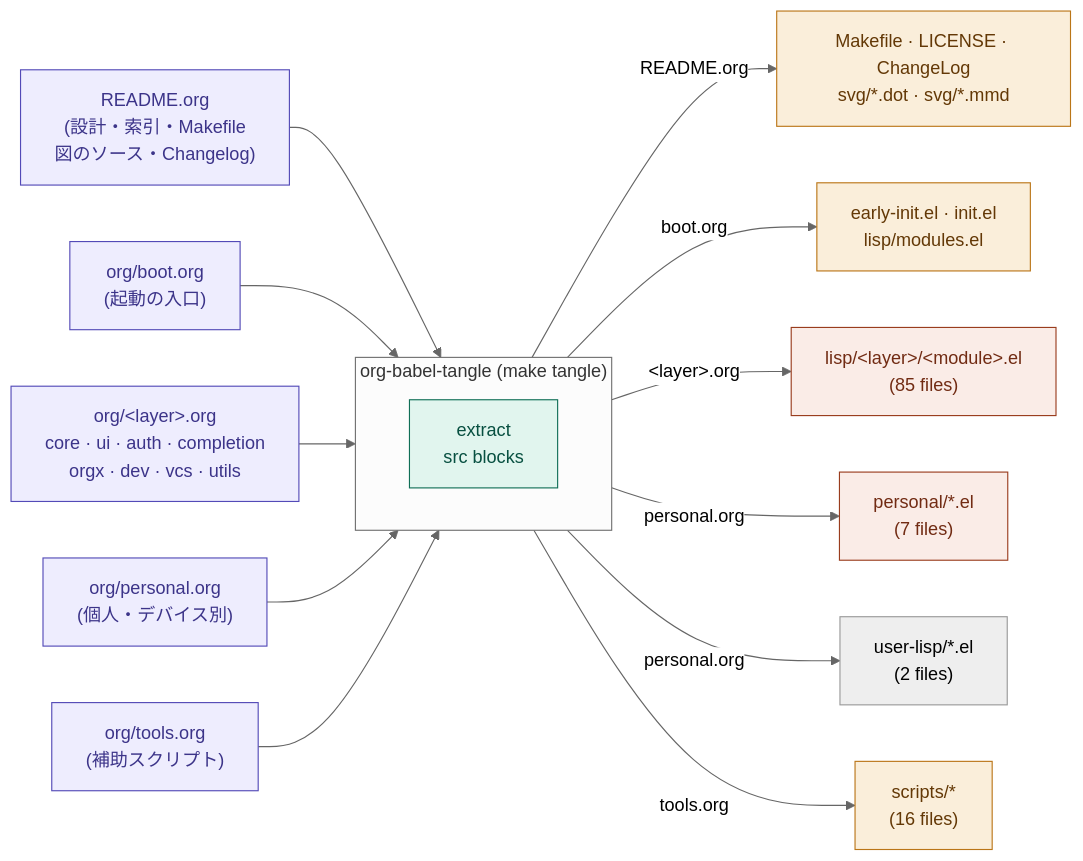
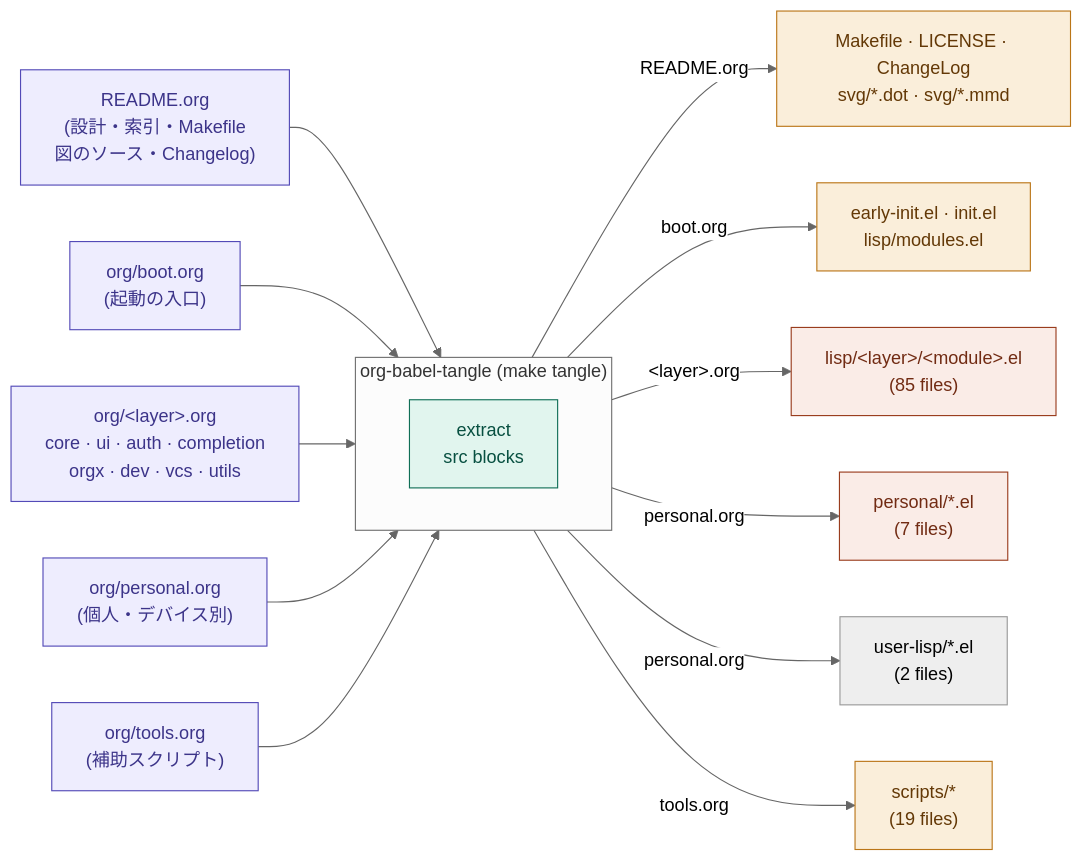
One commit to ac1965/.emacs.d changed the first of 15 diagrams in README.org. Above: the diagram before and after it, drawn with Mermaid (neutral theme). The commit also changed other lines of this file and 6 other files, not shown here.

```diff
--- a/README.org
+++ b/README.org
@@ -1687,42 +1720,42 @@
 #+begin_src mermaid
   flowchart LR
       readme["README.org<br/>(設計・索引・Makefile<br/>図のソース・Changelog)"]
       boot["org/boot.org<br/>(起動の入口)"]
       layers["org/&lt;layer&gt;.org<br/>core · ui · auth · completion<br/>orgx · dev · vcs · utils"]
       pers["org/personal.org<br/>(個人・デバイス別)"]
       tools["org/tools.org<br/>(補助スクリプト)"]
 
       subgraph tangle["org-babel-tangle  (make tangle)"]
           extract["extract<br/>src blocks"]
       end
 
       o1["Makefile · LICENSE · ChangeLog<br/>svg/*.dot · svg/*.mmd"]
       o2["early-init.el · init.el<br/>lisp/modules.el"]
       o3["lisp/&lt;layer&gt;/&lt;module&gt;.el<br/>(85 files)"]
       o4["personal/*.el<br/>(7 files)"]
       o4b["user-lisp/*.el<br/>(2 files)"]
-      o5["scripts/*<br/>(16 files)"]
+      o5["scripts/*<br/>(19 files)"]
 
       readme --> tangle
       boot --> tangle
       layers --> tangle
       pers --> tangle
       tools --> tangle
 
       tangle -->|README.org| o1
       tangle -->|boot.org| o2
       tangle -->|"&lt;layer&gt;.org"| o3
       tangle -->|personal.org| o4
       tangle -->|personal.org| o4b
       tangle -->|tools.org| o5
 
       classDef src fill:#EEEDFE,stroke:#534AB7,color:#3C3489
       classDef tangle fill:#E1F5EE,stroke:#0F6E56,color:#085041
       classDef config fill:#FAEEDA,stroke:#BA7517,color:#633806
       classDef modules fill:#FAECE7,stroke:#993C1D,color:#712B13
 
       class readme,boot,layers,pers,tools src
       class extract tangle
       class o1,o2,o5 config
       class o3,o4 modules
 #+end_src
```
